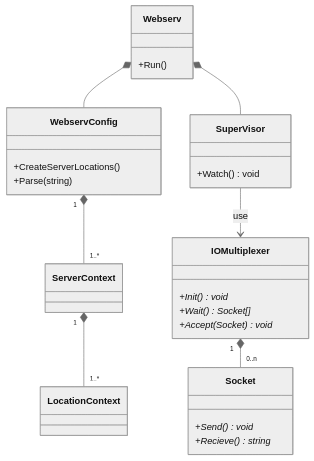
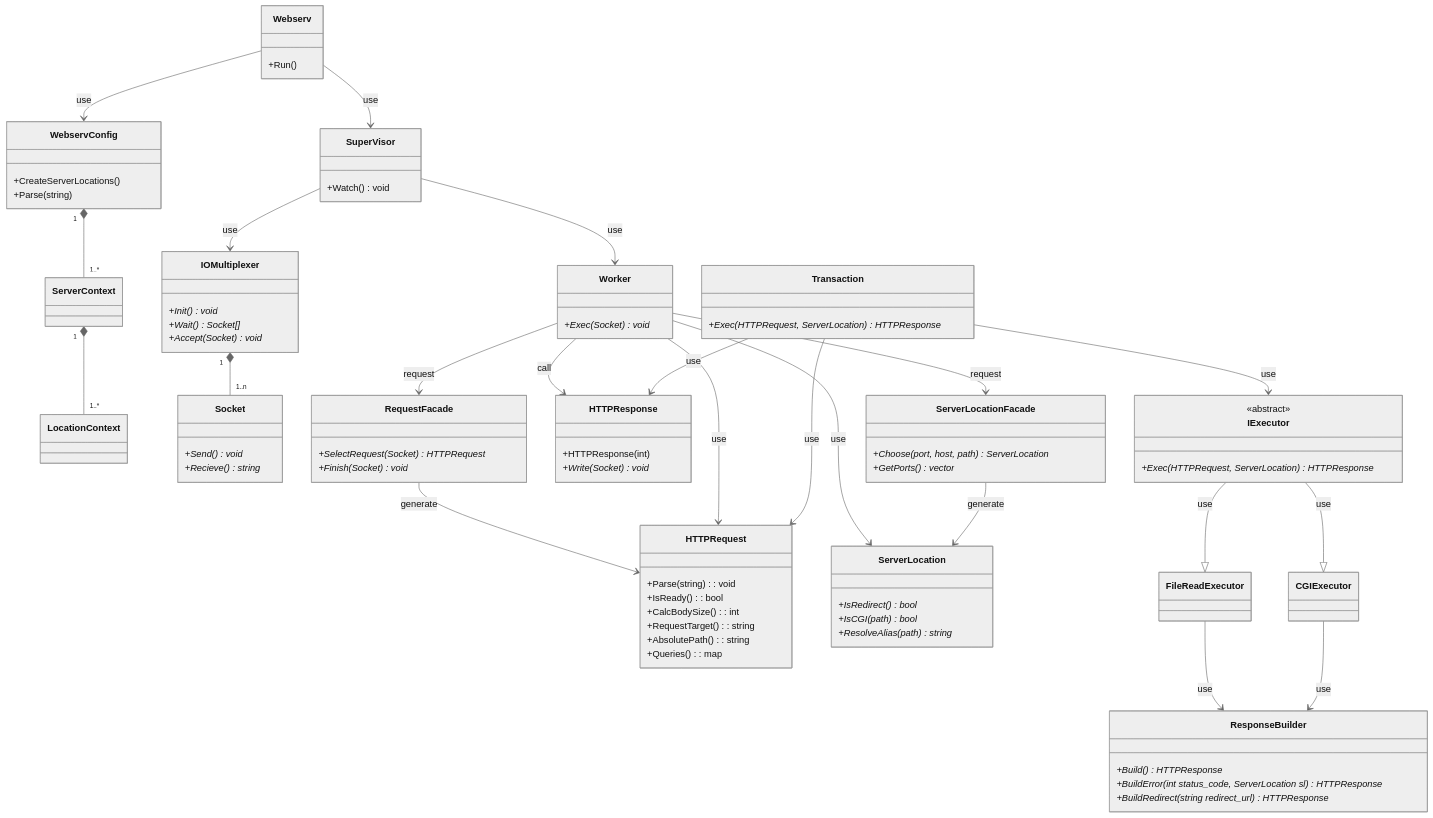
The diagram in docs/class/all.md (katataku/webserv), drawn with Mermaid (neutral theme) before and after one commit. The commit also changed other lines of this file, not shown here.

Commit message:
WIP: 途中経過

````diff
--- a/docs/class/all.md
+++ b/docs/class/all.md
@@ -3,13 +3,32 @@
 ```mermaid
 classDiagram
-    Webserv *-- WebservConfig
+    Webserv --> WebservConfig: use
     WebservConfig "1" *-- "1..*" ServerContext
     ServerContext "1" *-- "1..*" LocationContext
 
-    Webserv *-- SuperVisor
+    Webserv --> SuperVisor: use
 
-    IOMultiplexer "1" *-- "0..n" Socket
+    IOMultiplexer "1" *-- "1..n" Socket
     SuperVisor --> IOMultiplexer: use
+    SuperVisor --> Worker: use
+
+    Worker --> RequestFacade: request
+    RequestFacade --> HTTPRequest: generate
+    Worker --> HTTPRequest: use
+    Worker --> HTTPResponse: call
+    Worker --> ServerLocationFacade: request
+    Worker --> ServerLocation: use
+    ServerLocationFacade --> ServerLocation: generate
+
+    Transaction --> HTTPRequest: use
+    Transaction --> HTTPResponse: use
+    Transaction --> IExecutor: use
+    IExecutor --|> FileReadExecutor: use
+    IExecutor --|> CGIExecutor: use
+    FileReadExecutor --> ResponseBuilder: use
+    CGIExecutor --> ResponseBuilder: use
+
+    %% ResponseBuilder --> HTTPResponse: use %%
 
     class WebservConfig {
         +CreateServerLocations()
@@ -44,4 +63,59 @@
     +Accept(Socket)* void
   }
 
+  class Worker {
+    +Exec(Socket)* void
+  }
+
+  class ServerLocationFacade {
+    +Choose(port, host, path)* ServerLocation
+    +GetPorts()* vector<string>
+  }
+
+  class ServerLocation {
+    +IsRedirect()* bool
+    +IsCGI(path)* bool
+    +ResolveAlias(path)* string
+  }
+
+  class RequestFacade {
+    +SelectRequest(Socket)* HTTPRequest
+    +Finish(Socket)* void
+  }
+
+  class HTTPRequest {
+    +Parse(string): void
+    +IsReady(): bool
+    +CalcBodySize(): int
+    +RequestTarget(): string
+    +AbsolutePath(): string
+    +Queries(): map<string, string>
+  }
+
+  class HTTPResponse {
+    +HTTPResponse(int)
+    +Write(Socket)* void
+  }
+
+  class Transaction {
+    +Exec(HTTPRequest, ServerLocation)* HTTPResponse
+  }
+
+  class IExecutor {
+    <<abstract>>
+    +Exec(HTTPRequest, ServerLocation)* HTTPResponse
+  }
+
+  class FileReadExecutor {
+    
+  }
+  class CGIExecutor {
+
+  }
+  class ResponseBuilder {
+    +Build()* HTTPResponse
+    +BuildError(int status_code, ServerLocation sl)* HTTPResponse
+    +BuildRedirect(string redirect_url)* HTTPResponse
+  }
+
 ```
````
